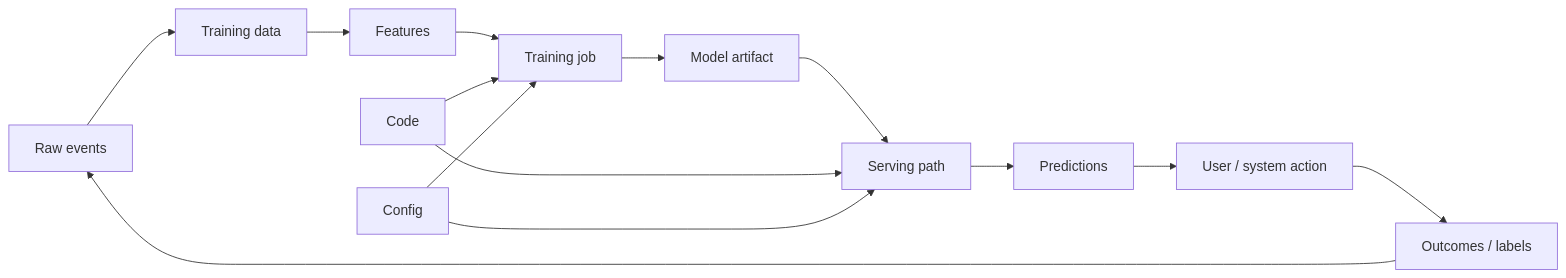
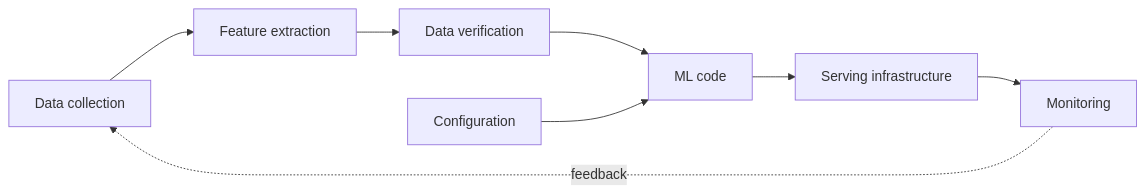
Before and after one commit to binarydevelop/system-design-patterns: the first of 2 diagrams in 16-ml-systems/01-ml-system-fundamentals.md, drawn with Mermaid. The commit also changed other lines of this file and 5 other files, not shown here.

````diff
--- a/16-ml-systems/01-ml-system-fundamentals.md
+++ b/16-ml-systems/01-ml-system-fundamentals.md
@@ -13,17 +17,10 @@
 ```mermaid
 flowchart LR
-    RAW["Raw events"] --> DATA["Training data"]
-    DATA --> FEAT["Features"]
-    FEAT --> TRAIN["Training job"]
-    TRAIN --> MODEL["Model artifact"]
-    MODEL --> SERVE["Serving path"]
-    SERVE --> PRED["Predictions"]
-    PRED --> USER["User / system action"]
-    USER --> FEEDBACK["Outcomes / labels"]
-    FEEDBACK --> RAW
-
-    CODE["Code"] --> TRAIN
-    CODE --> SERVE
-    CONFIG["Config"] --> TRAIN
-    CONFIG --> SERVE
+    DC["Data collection"] --> FE["Feature extraction"]
+    FE --> DV["Data verification"]
+    DV --> ML["ML code"]
+    CFG["Configuration"] --> ML
+    ML --> SI["Serving infrastructure"]
+    SI --> MON["Monitoring"]
+    MON -.->|feedback| DC
 ```
````
